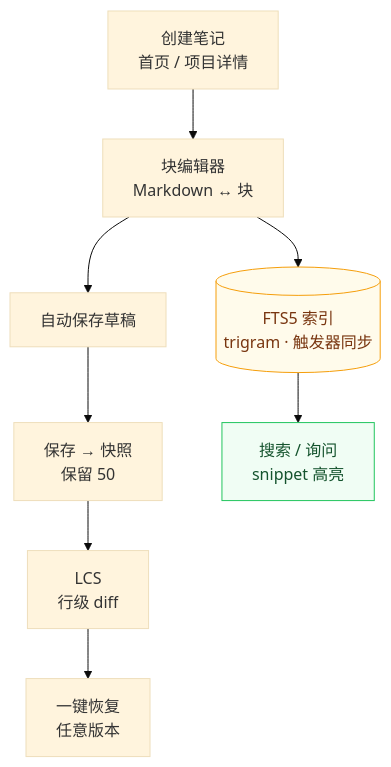
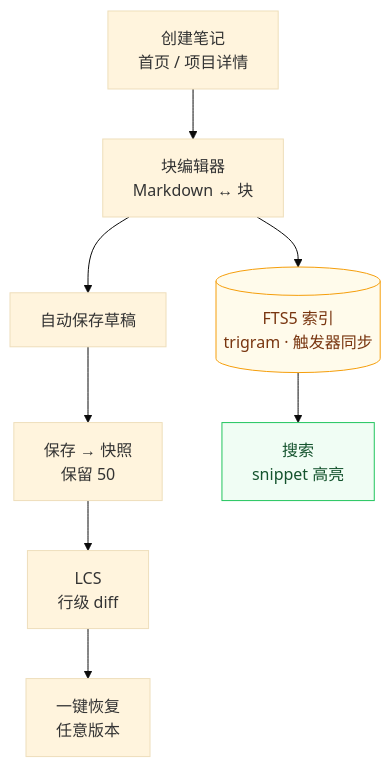
The diagram in docs/features/knowledge.md (sky-jiangcheng/repo-nest), drawn with Mermaid (base theme) before and after one commit. The commit also changed other lines of this file and 28 other files, not shown here.

````diff
--- a/docs/features/knowledge.md
+++ b/docs/features/knowledge.md
@@ -10,14 +10,14 @@
 ```mermaid
 flowchart TB
     NEW["创建笔记<br/>首页 / 项目详情"] --> ED["块编辑器<br/>Markdown ↔ 块"]
     ED --> AUTO["自动保存草稿"]
     AUTO --> SNAP["保存 → 快照<br/>保留 50"]
     SNAP --> DIFF["LCS<br/>行级 diff"]
     DIFF --> BACK["一键恢复<br/>任意版本"]
     ED --> IDX[("FTS5 索引<br/>trigram · 触发器同步")]
-    IDX --> SEARCH["搜索 / 询问<br/>snippet 高亮"]
+    IDX --> SEARCH["搜索<br/>snippet 高亮"]
         classDef store fill:#fffbeb,stroke:#f59e0b,color:#78350f
         classDef read fill:#f0fdf4,stroke:#22c55e,color:#14532d
     class IDX store
     class SEARCH read
 ```
````
